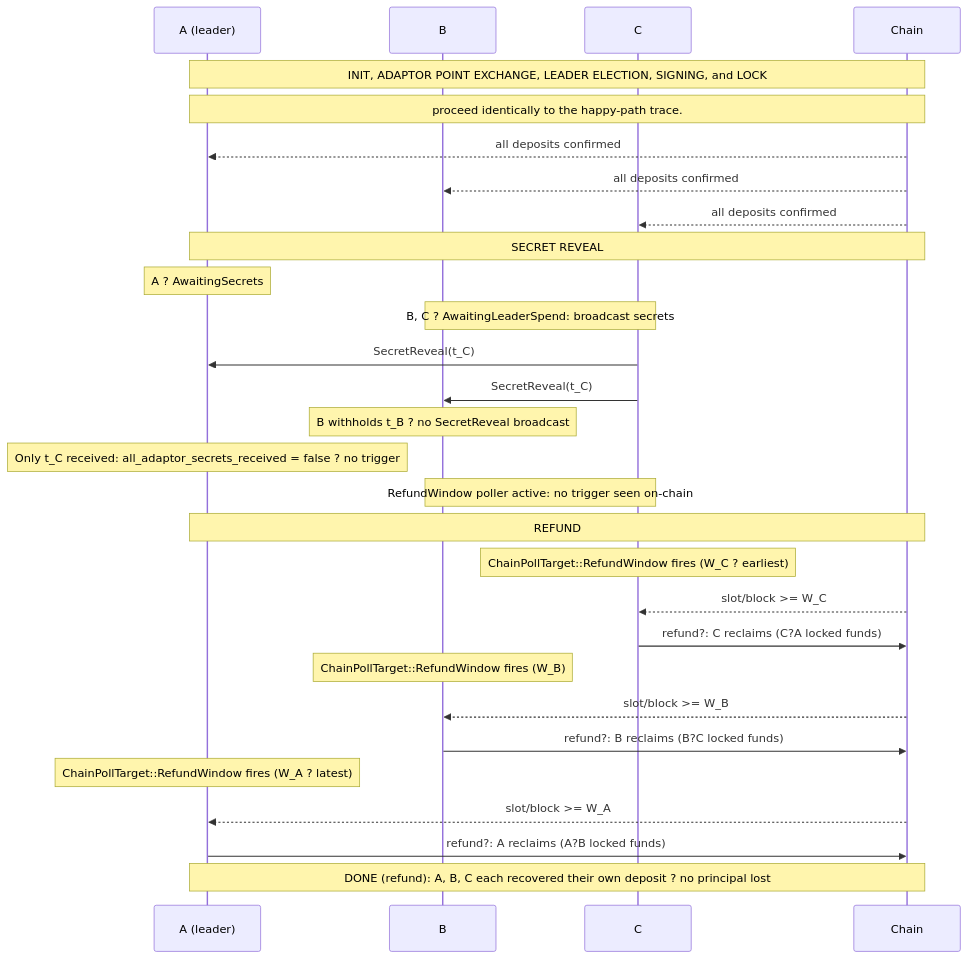
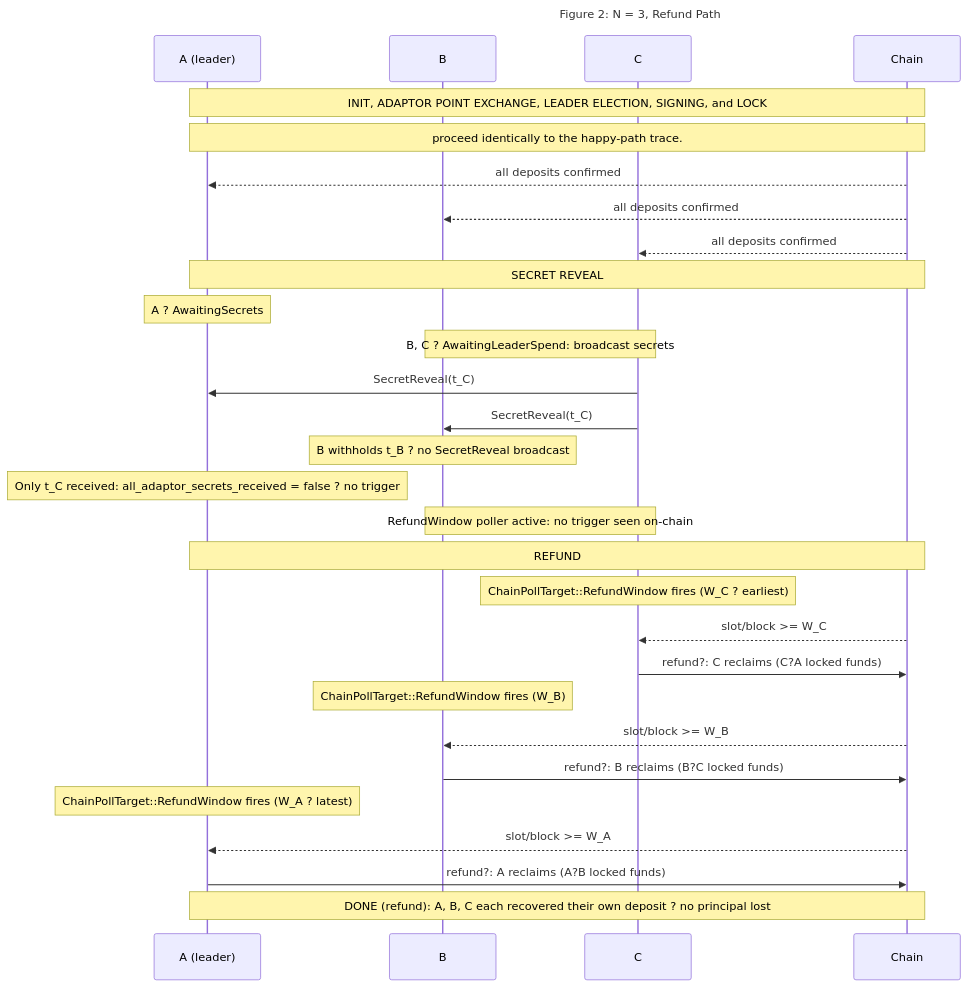
The second of 2 diagrams in docs/arc42/5_bbw_examples.md (input-output-hk/cyclic-atomic-swap), drawn with Mermaid before and after one commit. The commit also changed other lines of this file and 4 other files, not shown here.

````diff
--- a/docs/arc42/5_bbw_examples.md
+++ b/docs/arc42/5_bbw_examples.md
@@ -106,38 +109,41 @@
 ```mermaid
+---
+title: "Figure 2: N = 3, Refund Path"
+---
 sequenceDiagram
     participant A as A (leader)
     participant B as B
     participant C as C
     participant Chain as Chain
 
     Note over A,Chain: INIT, ADAPTOR POINT EXCHANGE, LEADER ELECTION, SIGNING, and LOCK
     Note over A,Chain: proceed identically to the happy-path trace.
 
     Chain-->>A: all deposits confirmed
     Chain-->>B: all deposits confirmed
     Chain-->>C: all deposits confirmed
 
     Note over A,Chain: SECRET REVEAL
     Note over A: A ? AwaitingSecrets
     Note over B,C: B, C ? AwaitingLeaderSpend: broadcast secrets
     C->>A: SecretReveal(t_C)
     C->>B: SecretReveal(t_C)
     Note over B: B withholds t_B ? no SecretReveal broadcast
     Note over A: Only t_C received: all_adaptor_secrets_received = false ? no trigger
     Note over B,C: RefundWindow poller active: no trigger seen on-chain
 
     Note over A,Chain: REFUND 
     Note over C: ChainPollTarget::RefundWindow fires (W_C ? earliest)
     Chain-->>C: slot/block >= W_C
     C->>Chain: refund?: C reclaims (C?A locked funds)
 
     Note over B: ChainPollTarget::RefundWindow fires (W_B)
     Chain-->>B: slot/block >= W_B
     B->>Chain: refund?: B reclaims (B?C locked funds)
 
     Note over A: ChainPollTarget::RefundWindow fires (W_A ? latest)
     Chain-->>A: slot/block >= W_A
     A->>Chain: refund?: A reclaims (A?B locked funds)
 
     Note over A,Chain: DONE (refund): A, B, C each recovered their own deposit ? no principal lost
 ```
````
